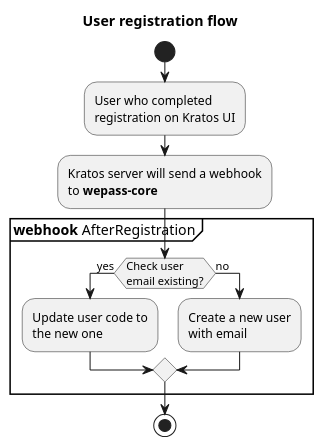
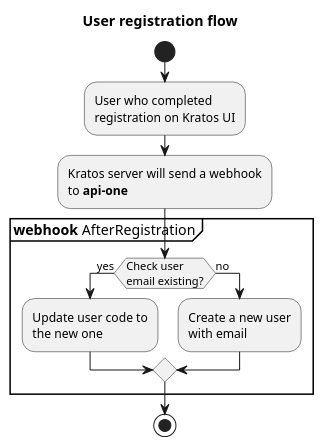
One commit to dzungtran/echo-rest-api changed the first of 2 diagrams in docs/diagrams/user_flow.puml. Above: the diagram before and after it, drawn with PlantUML. The commit also changed 12 other files, not shown here.

```diff
--- a/docs/diagrams/user_flow.puml
+++ b/docs/diagrams/user_flow.puml
@@ -1,18 +1,18 @@
 @startuml user_regitration
 title User registration flow
 start
 :User who completed 
 registration on Kratos UI;
 :Kratos server will send a webhook 
-to **wepass-core**;
+to **api-one**;
 partition "**webhook** AfterRegistration" {
     if (Check user \nemail existing?) is (yes) then
         :Update user code to 
         the new one;
     else (no)
     :Create a new user 
     with email;
     endif
 }
 stop
 @enduml
```
